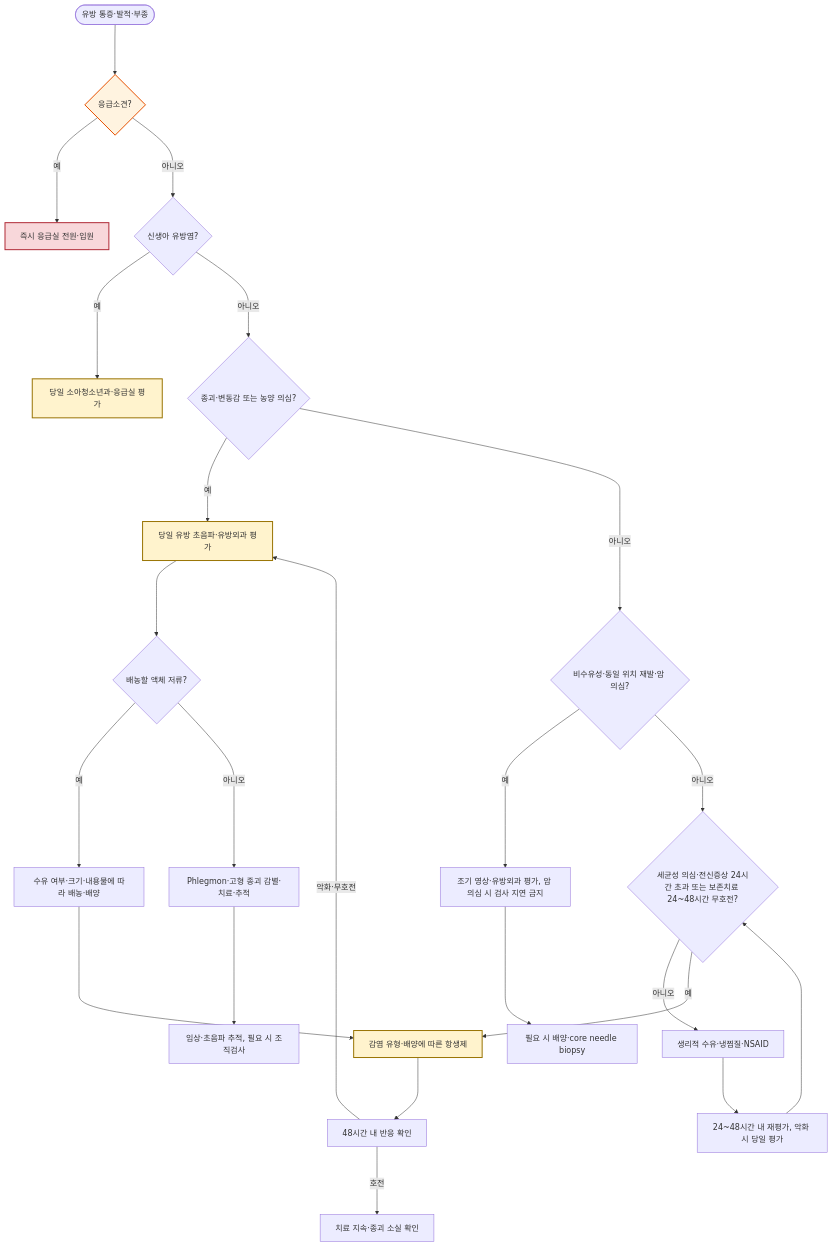
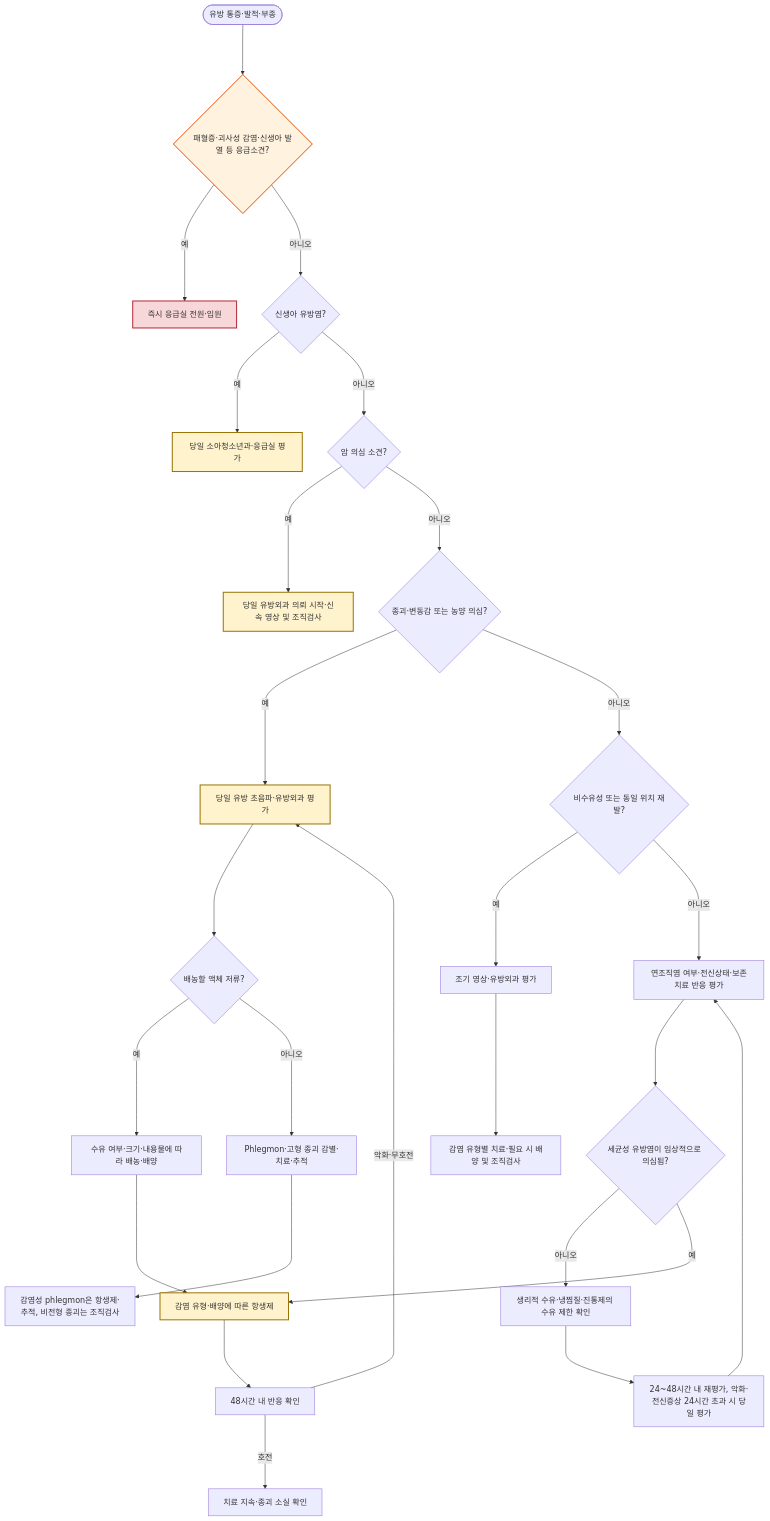
The diagram in 230_/200_-mastitis.md (familyoh77/familyoh77), drawn with Mermaid before and after one commit. The commit also changed other lines of this file and 11 other files, not shown here.

````diff
--- a/230_/200_-mastitis.md
+++ b/230_/200_-mastitis.md
@@ -112,30 +127,34 @@
 ```mermaid
 flowchart TD
-    S([유방 통증·발적·부종]) ---> E{"응급소견?"}
+    S(["유방 통증·발적·부종"]) ---> E{"패혈증·괴사성 감염·신생아 발열 등 응급소견?"}
     E --->|예| ER["즉시 응급실 전원·입원"]
     E --->|아니오| NB{"신생아 유방염?"}
     NB --->|예| PED["당일 소아청소년과·응급실 평가"]
-    NB --->|아니오| M{"종괴·변동감 또는 농양 의심?"}
+    NB --->|아니오| CA{"암 의심 소견?"}
+    CA --->|예| CAX["당일 유방외과 의뢰 시작·신속 영상 및 조직검사"]
+    CA --->|아니오| M{"종괴·변동감 또는 농양 의심?"}
     M --->|예| US["당일 유방 초음파·유방외과 평가"]
     US ---> F{"배농할 액체 저류?"}
     F --->|예| D["수유 여부·크기·내용물에 따라 배농·배양"]
     F --->|아니오| PH["Phlegmon·고형 종괴 감별·치료·추적"]
     D ---> ATB["감염 유형·배양에 따른 항생제"]
-    PH ---> FU2["임상·초음파 추적, 필요 시 조직검사"]
-    M --->|아니오| X{"비수유성·동일 위치 재발·암 의심?"}
-    X --->|예| IMG["조기 영상·유방외과 평가, 암 의심 시 검사 지연 금지"]
-    IMG ---> BX["필요 시 배양·core needle biopsy"]
-    X --->|아니오| I{"세균성 의심·전신증상 24시간 초과 또는 보존치료 24~48시간 무호전?"}
-    I --->|아니오| C["생리적 수유·냉찜질·NSAID"]
-    C ---> FU["24~48시간 내 재평가, 악화 시 당일 평가"]
-    FU ---> I
+    PH ---> FU2["감염성 phlegmon은 항생제·추적, 비전형 종괴는 조직검사"]
+    M --->|아니오| X{"비수유성 또는 동일 위치 재발?"}
+    X --->|예| IMG["조기 영상·유방외과 평가"]
+    IMG ---> BX["감염 유형별 치료·필요 시 배양 및 조직검사"]
+    X --->|아니오| Q["연조직염 여부·전신상태·보존치료 반응 평가"]
+    Q ---> I{"세균성 유방염이 임상적으로 의심됨?"}
+    I --->|아니오| C["생리적 수유·냉찜질·진통제의 수유 제한 확인"]
+    C ---> FU["24~48시간 내 재평가, 악화·전신증상 24시간 초과 시 당일 평가"]
+    FU ---> Q
     I --->|예| ATB
     ATB ---> R["48시간 내 반응 확인"]
     R --->|악화·무호전| US
     R --->|호전| END["치료 지속·종괴 소실 확인"]
     style E fill:#fff3e0,stroke:#e65100,stroke-width:2px
     style ER fill:#f8d7da,stroke:#b02a37,stroke-width:2px
     style PED fill:#fff3cd,stroke:#997404,stroke-width:2px
+    style CAX fill:#fff3cd,stroke:#997404,stroke-width:2px
     style US fill:#fff3cd,stroke:#997404,stroke-width:2px
     style ATB fill:#fff3cd,stroke:#997404,stroke-width:2px
 ```
````
